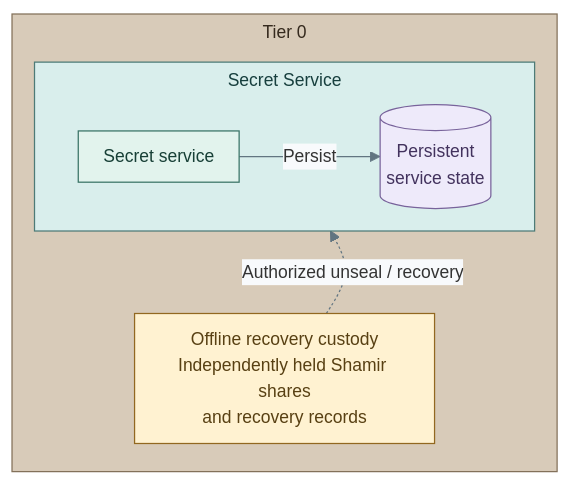
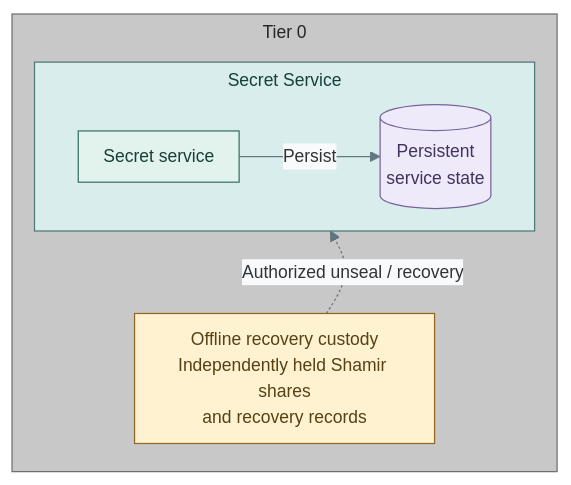
The first of 2 diagrams in docs/01-architecture/08-cryptography/06-vault-seal.md (Rexus/homelab), drawn with Mermaid before and after one commit. The commit also changed 91 other files, not shown here.

First line of the commit message:
docs(operations): document VMID cutover and align diagram colors

````diff
--- a/docs/01-architecture/08-cryptography/06-vault-seal.md
+++ b/docs/01-architecture/08-cryptography/06-vault-seal.md
@@ -19,27 +19,27 @@
 ```mermaid
 %%{init: {"theme":"base","flowchart":{"nodeSpacing":16,"rankSpacing":20,"padding":10,"subGraphTitleMargin":{"top":4,"bottom":12}},"themeVariables":{"lineColor":"#627581","edgeLabelBackground":"#f8fafc","fontFamily":"Arial, sans-serif","fontSize":"14px"},"fontFamily":"Arial, sans-serif"}}%%
 flowchart TB
   subgraph T0["Tier 0"]
     direction TB
     subgraph Runtime["Secret Service"]
       direction LR
       B["Secret service"]
       Data[("Persistent<br/>service state")]
       B -->|Persist| Data
     end
     Custody["Offline recovery custody<br/>Independently held Shamir shares<br/>and recovery records"]
     Runtime ~~~ Custody
     Custody -. Authorized unseal / recovery .-> Runtime
   end
   classDef default fill:#f8fafc,stroke:#64748b,color:#1f2937
-  classDef tier0 fill:#d8cbb9,stroke:#83715a,color:#352a1e
+  classDef tier0 fill:#c8c8c8,stroke:#707070,color:#262626
   classDef runtime fill:#d9eeec,stroke:#4d7b77,color:#173f3e
   classDef control fill:#e2f3ed,stroke:#397366,color:#173f36
   classDef data fill:#eeeafa,stroke:#78639b,color:#42325d
   classDef custody fill:#fff2d1,stroke:#926820,color:#584013
   class T0 tier0
   class Runtime runtime
   class B control
   class Data data
   class Custody custody
 ```
````
